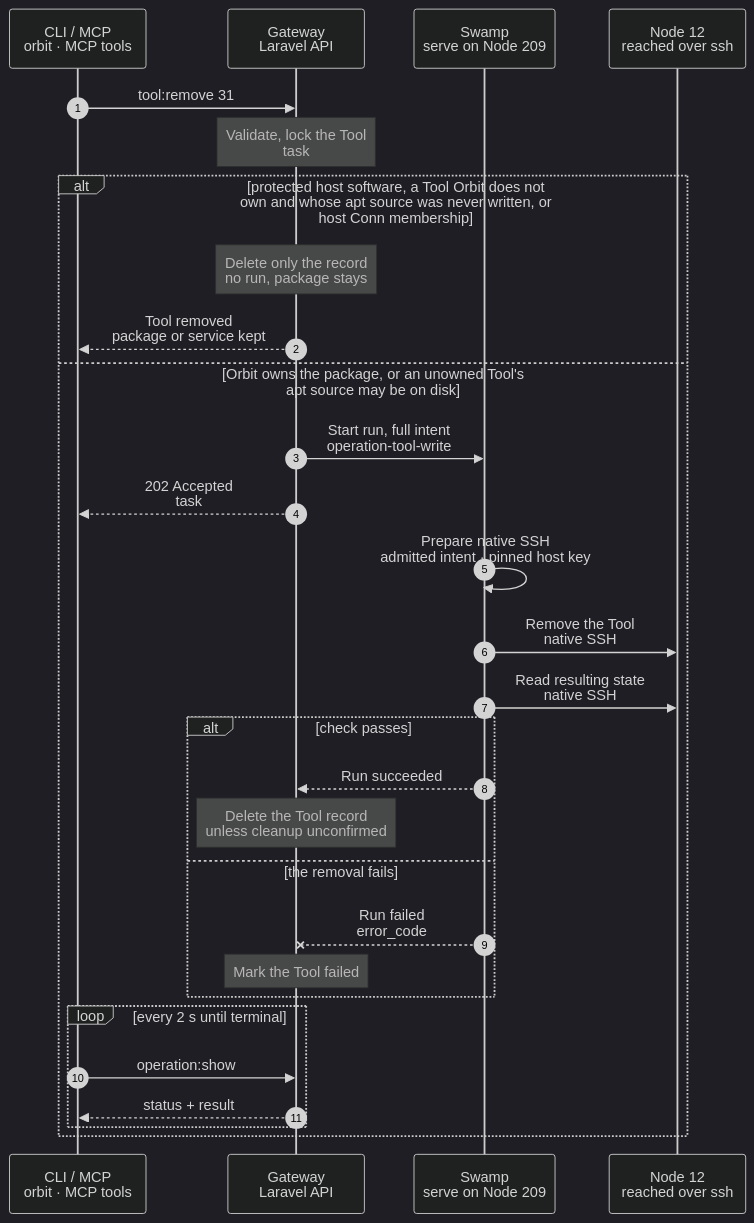
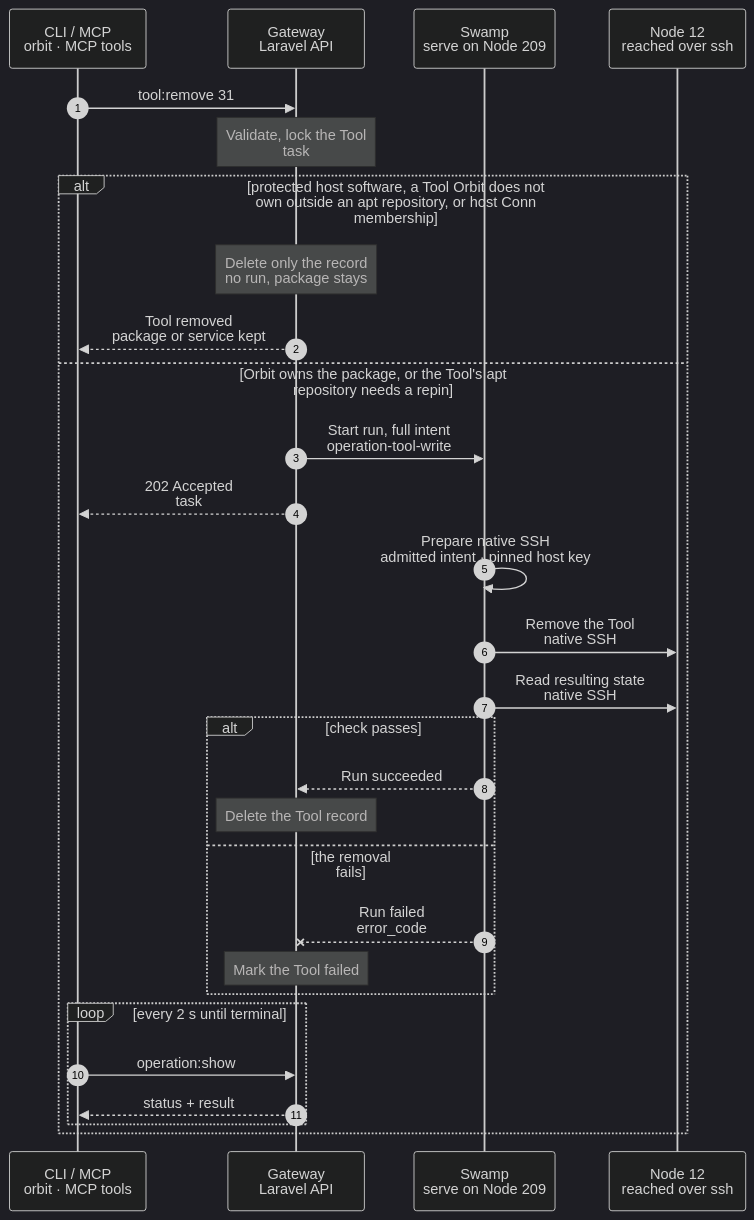
One commit to hardimpactdev/orbit changed the diagram in docs/cli/tool/remove.mmd. Above: the diagram before and after it, drawn with Mermaid (dark theme). The commit also changed 124 other files, not shown here.

First line of the commit message:
Make the apt repository an explicit Node record instead of inferring source trust

```diff
--- a/docs/cli/tool/remove.mmd
+++ b/docs/cli/tool/remove.mmd
@@ -1,56 +1,54 @@
 sequenceDiagram
   %% docs/reference/tools.md#remove-a-tool. R1: a record-only change starts no run.
   %% status: draft
   %% command: tool:remove
   %% kind: tool.remove
   autonumber
   %% lane CLI icon=terminal pill=caller tone=gray
   %% lane GW icon=gateway pill=intent tone=blue
   %% lane SW icon=workflow pill=executes tone=green
   %% lane N icon=server pill=target tone=amber
   participant CLI as CLI / MCP<br/>orbit · MCP tools
   participant GW as Gateway<br/>Laravel API
   participant SW as Swamp<br/>serve on Node 209
   participant N as Node 12<br/>reached over ssh
   CLI->>GW: tool:remove 31
   %%> Command:
   %%> - `orbit tool:remove 31 --yes`
   %%> - syntax: `<tool> [--yes] [--idempotency-key=KEY] [--json]`
   Note over GW: Validate, lock the Tool<br/>task #5135 · ripgrep on Node 12
-  alt protected host software, a Tool Orbit does not own and whose apt source was never written, or host Conn membership
+  alt protected host software, a Tool Orbit does not own outside an apt repository, or host Conn membership
     Note over GW: Delete only the record<br/>no run, package stays
     %%> Why:
     %%> - the recipe owns the package; removing it would break the role
     %%> - a Tool owns its package only when Orbit recorded it: a successful install, an adoption or a convergence that installed it; no failure, retry, cleanup or sibling changes that
     %%> - withdrawing a host Conn membership leaves the service running and excludes it from future release rollouts
     GW-->>CLI: Tool removed<br/>package or service kept
-  else Orbit owns the package, or an unowned Tool's apt source may be on disk
+  else Orbit owns the package, or the Tool's apt repository needs a repin
     GW->>SW: Start run, full intent<br/>operation-tool-write
     GW-->>CLI: 202 Accepted<br/>task #5135
     SW->>SW: Prepare native SSH<br/>admitted intent · pinned host key
     SW->>N: Remove the Tool<br/>native SSH
     %%> Scope:
-    %%> - remove the apt source only when no enrolled membership names it, owned or not; otherwise repin only the owned remaining packages
-    %%> - `package_owned: false` skips every package read and plan, keeps the package and cleans only its apt source or pins
-    %%> - repinning survivors needs a verified source, or `tool.repository_unverified`
+    %%> - repin the owned remaining packages of the Tool's apt repository; the repository stays, even after its last Tool
+    %%> - `package_owned: false` skips every package read and plan, keeps the package and only repins
     %%> - a removal that would also remove a held recipe package is refused
     SW->>N: Read resulting state<br/>native SSH
     alt check passes
       SW-->>GW: Run succeeded
-      Note over GW: Delete the Tool record<br/>unless cleanup unconfirmed
-      %%> Last member:
-      %%> - an unconfirmed source or preference removal keeps the Tool failed with `tool.repository_failed` as its retry handle
+      Note over GW: Delete the Tool record
     else the removal fails
       SW--xGW: Run failed<br/>error_code
       Note over GW: Mark the Tool failed
       %%> Retry:
+      %%> - a failed repin keeps the Tool failed with `tool.repository_failed`
       %%> - run the same command again after a fix
       %%> - a timed-out removal, its start reply lost included, keeps no uninstall authority until its receipt or Swamp shows the package was never reached
       %%> - until Swamp answers whether an unbound timed-out start became a run, the retry refuses with `tool.removal_unsettled`
       %%> - a package step that ran, a nonzero exit included, ends uninstall authority unless the check after it finds the package still present, whatever its version
     end
     loop every 2 s until terminal
       CLI->>GW: operation:show #5135
       GW-->>CLI: status + result
     end
   end
```
